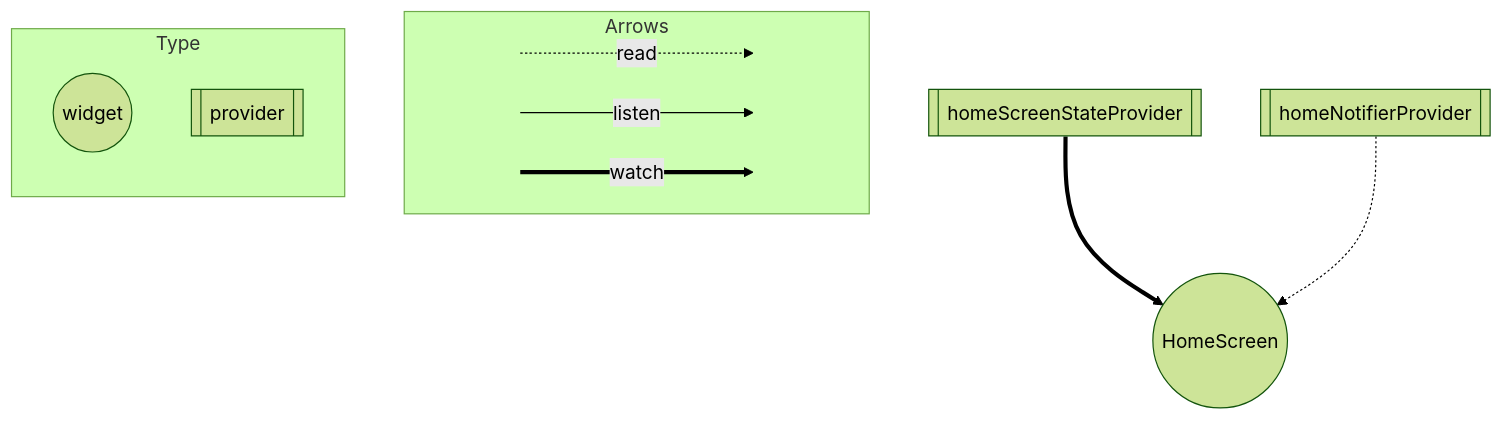
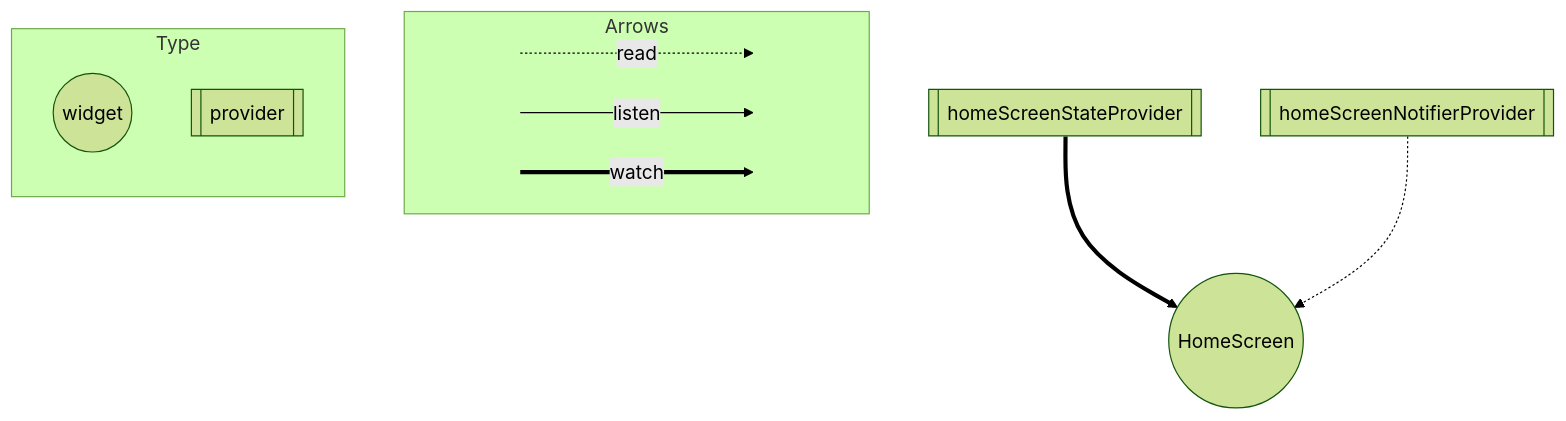
The diagram in ARCHITECTURE.md (iseruuuuu/riverpod_sample_app), drawn with Mermaid (forest theme) before and after one commit. The commit also changed 1 other file, not shown here.

Commit message:
add: add ARCHITECTURE.md

````diff
--- a/ARCHITECTURE.md
+++ b/ARCHITECTURE.md
@@ -3,27 +3,28 @@
 ```mermaid
 flowchart TB
   subgraph Arrows
     direction LR
     start1[ ] -..->|read| stop1[ ]
     style start1 height:0px;
     style stop1 height:0px;
     start2[ ] --->|listen| stop2[ ]
     style start2 height:0px;
     style stop2 height:0px; 
     start3[ ] ===>|watch| stop3[ ]
     style start3 height:0px;
     style stop3 height:0px; 
   end
 
   subgraph Type
     direction TB
     ConsumerWidget((widget));
     Provider[[provider]];
   end
   HomeScreen((HomeScreen));
   homeScreenStateProvider ==> HomeScreen;
-  homeNotifierProvider -.-> HomeScreen;
+  homeScreenNotifierProvider -.-> HomeScreen;
   homeScreenStateProvider[[homeScreenStateProvider]];
-  homeNotifierProvider[[homeNotifierProvider]];
+  homeScreenNotifierProvider[[homeScreenNotifierProvider]];
+
 
 ```
````
